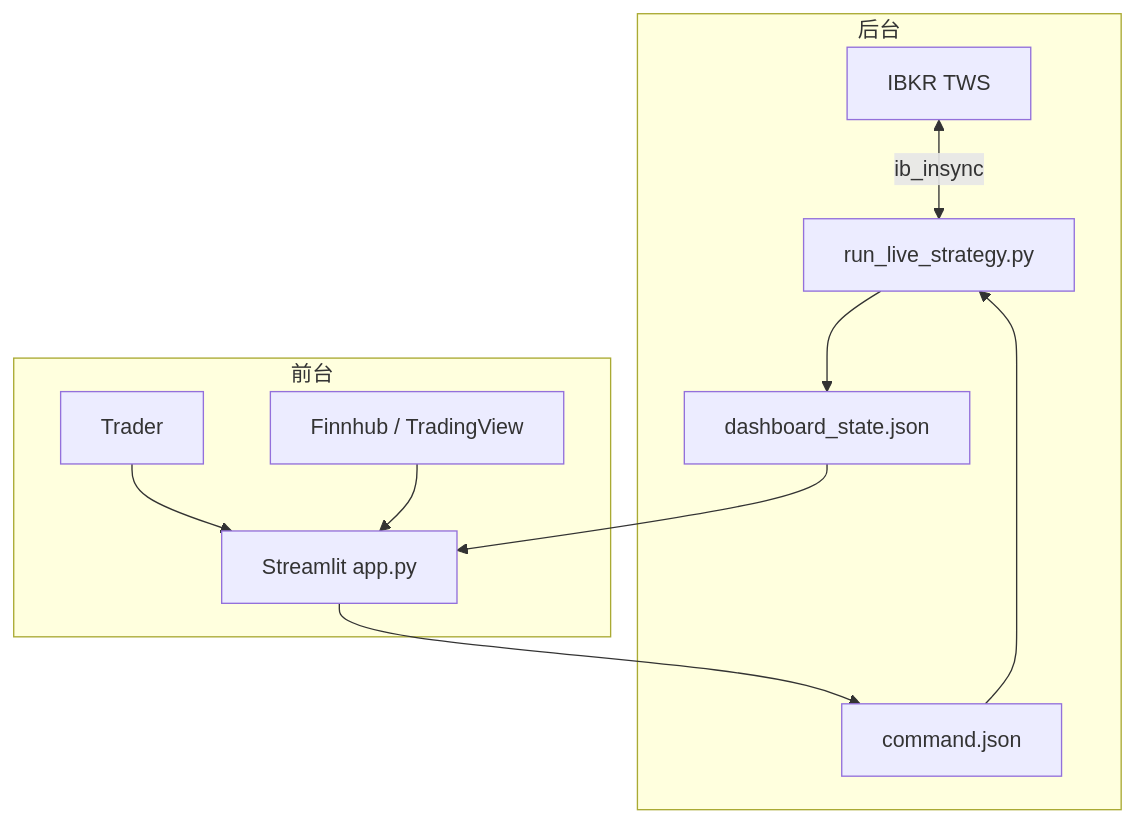
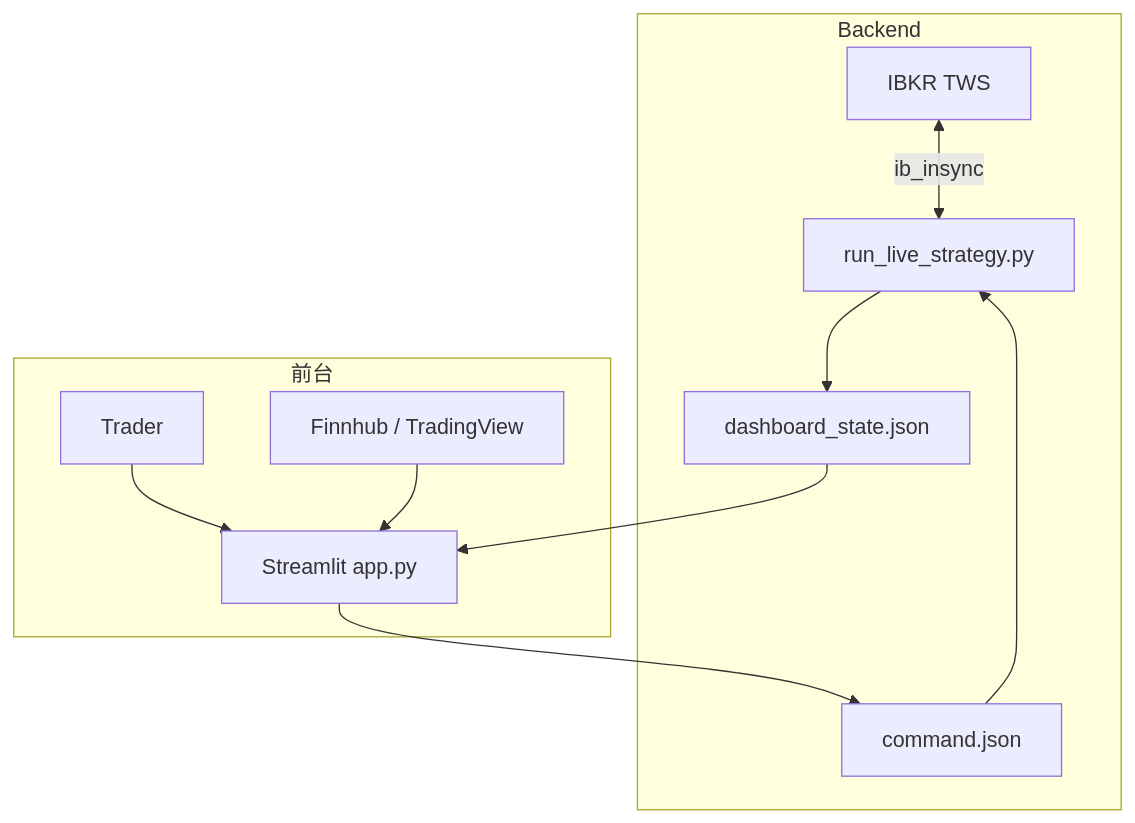
Before and after one commit to ericwang0321/Multi-Factor-Backtester: the fourth of 4 diagrams in README.md, drawn with Mermaid. The commit also changed other lines of this file and 1 other file, not shown here.

````diff
--- a/README.md
+++ b/README.md
@@ -438,15 +505,16 @@
 ```mermaid
 graph TD
-    subgraph 后台
+    subgraph Backend
         TWS[IBKR TWS] <-->|ib_insync| Worker[run_live_strategy.py]
         Worker --> State[dashboard_state.json]
         Command[command.json] --> Worker
     end
 
     subgraph 前台
         State --> UI[Streamlit app.py]
         Trader --> UI
         UI --> Command
         External[Finnhub / TradingView] --> UI
     end
+
 ```
````
